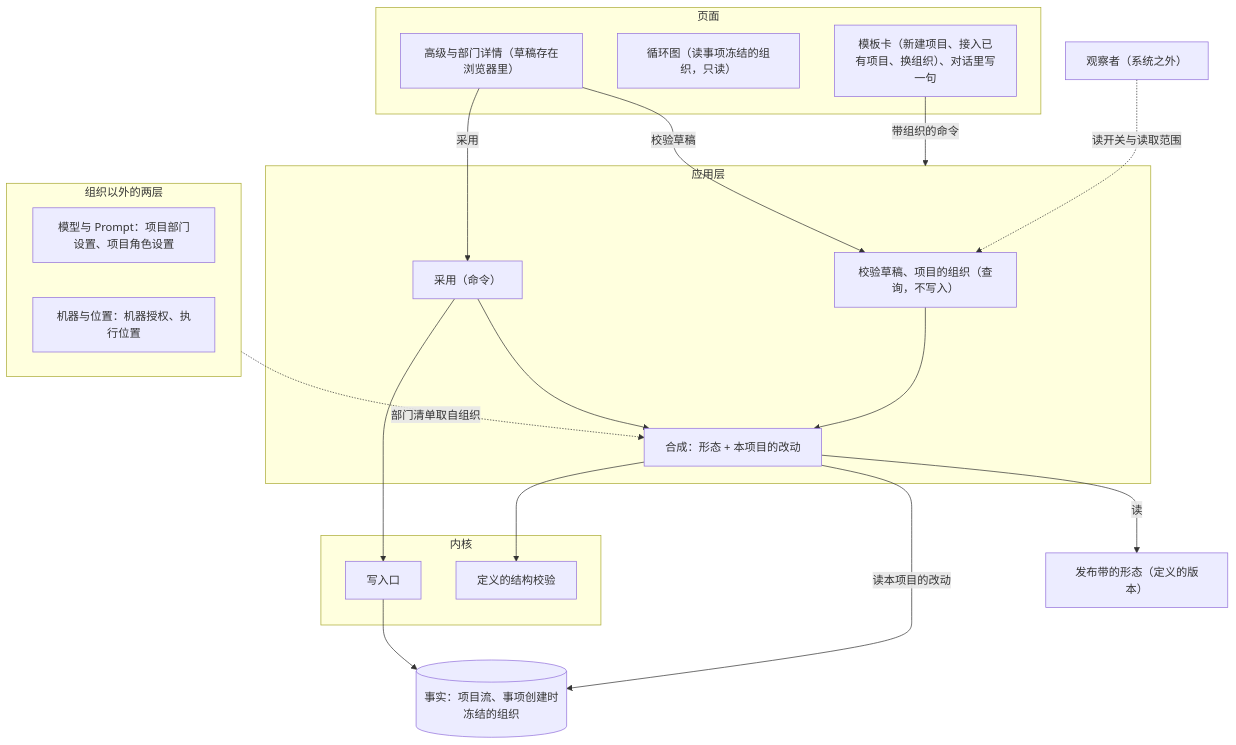
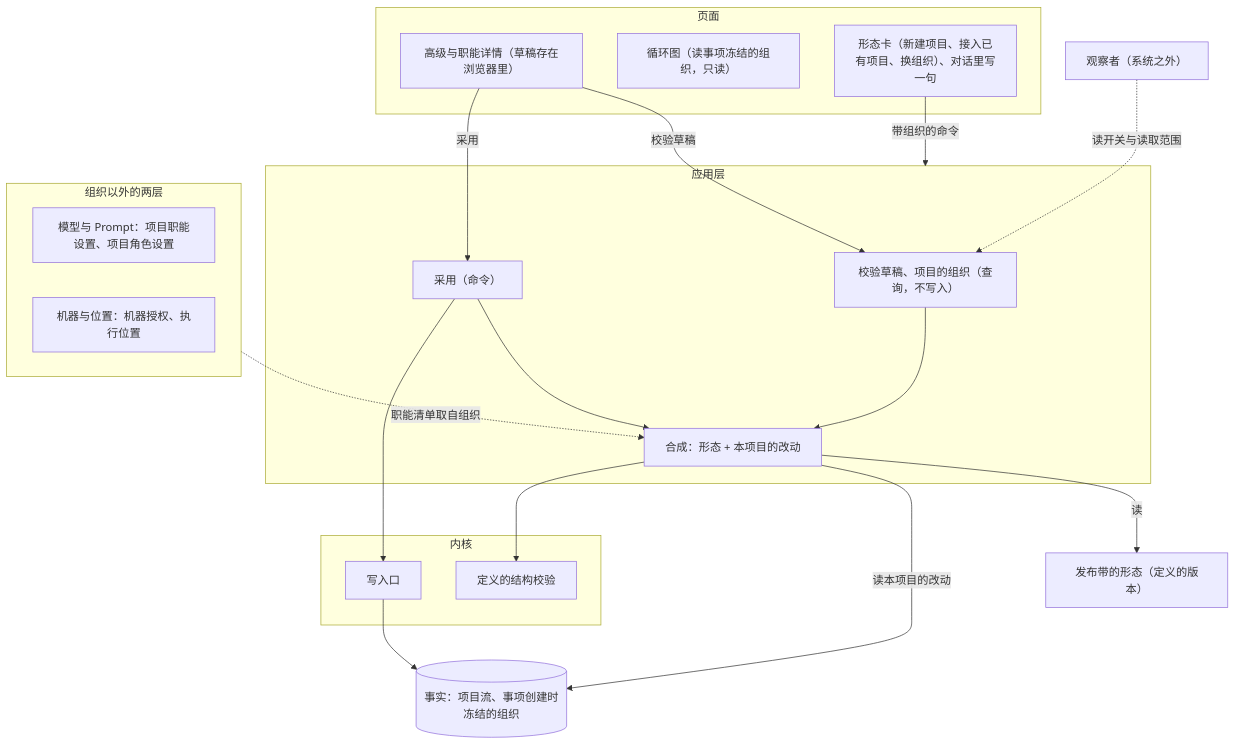
One commit to bender2333/yudao changed the first of 3 diagrams in docs/design/project-organization.md. Above: the diagram before and after it, drawn with Mermaid. The commit also changed other lines of this file and 149 other files, not shown here.

````diff
--- a/docs/design/project-organization.md
+++ b/docs/design/project-organization.md
@@ -65,35 +65,35 @@
 ```mermaid
 flowchart TB
   subgraph Page["页面"]
-    OrgPage["高级与部门详情（草稿存在浏览器里）"]
+    OrgPage["高级与职能详情（草稿存在浏览器里）"]
     Graph["循环图（读事项冻结的组织，只读）"]
-    Dialogs["模板卡（新建项目、接入已有项目、换组织）、对话里写一句"]
+    Dialogs["形态卡（新建项目、接入已有项目、换组织）、对话里写一句"]
   end
   subgraph App["应用层"]
     Query["校验草稿、项目的组织（查询，不写入）"]
     Adopt["采用（命令）"]
     Compose["合成：形态 + 本项目的改动"]
   end
   subgraph Kernel["内核"]
     Check["定义的结构校验"]
     Write["写入口"]
   end
   Forms["发布带的形态（定义的版本）"]
   Facts[("事实：项目流、事项创建时冻结的组织")]
   subgraph Others["组织以外的两层"]
-    ModelPrompt["模型与 Prompt：项目部门设置、项目角色设置"]
+    ModelPrompt["模型与 Prompt：项目职能设置、项目角色设置"]
     Machine["机器与位置：机器授权、执行位置"]
   end
   Obs["观察者（系统之外）"]
   OrgPage -->|"校验草稿"| Query
   OrgPage -->|"采用"| Adopt
   Dialogs -->|"带组织的命令"| App
   Query --> Compose
   Adopt --> Compose
   Compose -->|"读"| Forms
   Compose -->|"读本项目的改动"| Facts
   Compose --> Check
   Adopt --> Write --> Facts
-  Others -.->|"部门清单取自组织"| Compose
+  Others -.->|"职能清单取自组织"| Compose
   Obs -.->|"读开关与读取范围"| Query
 ```
````
